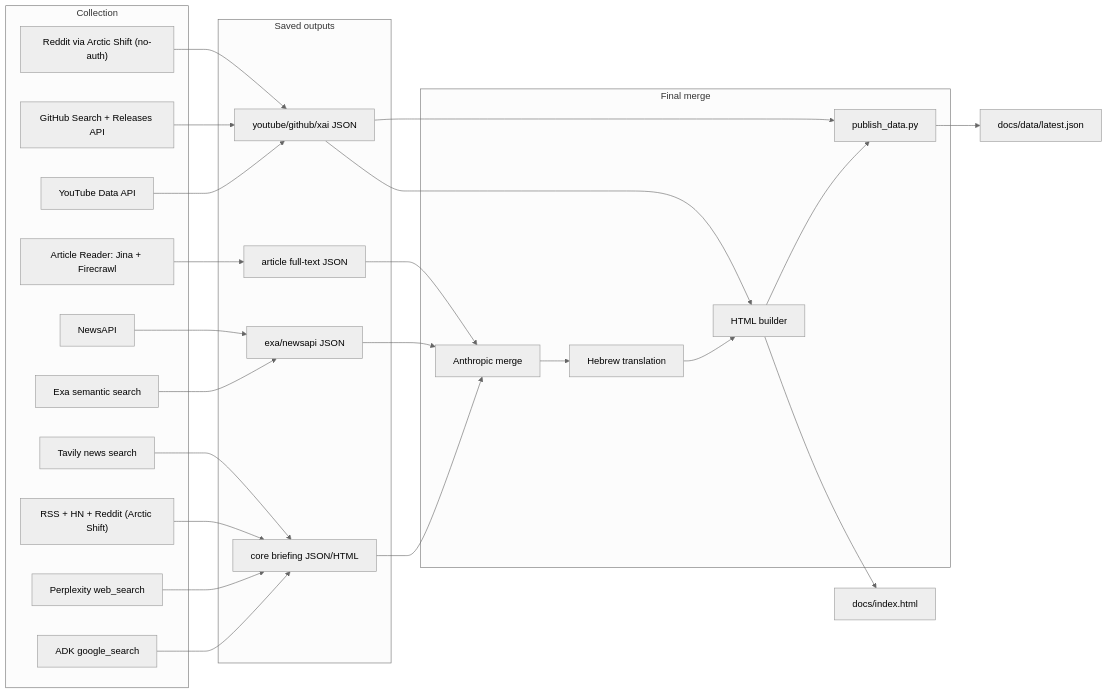
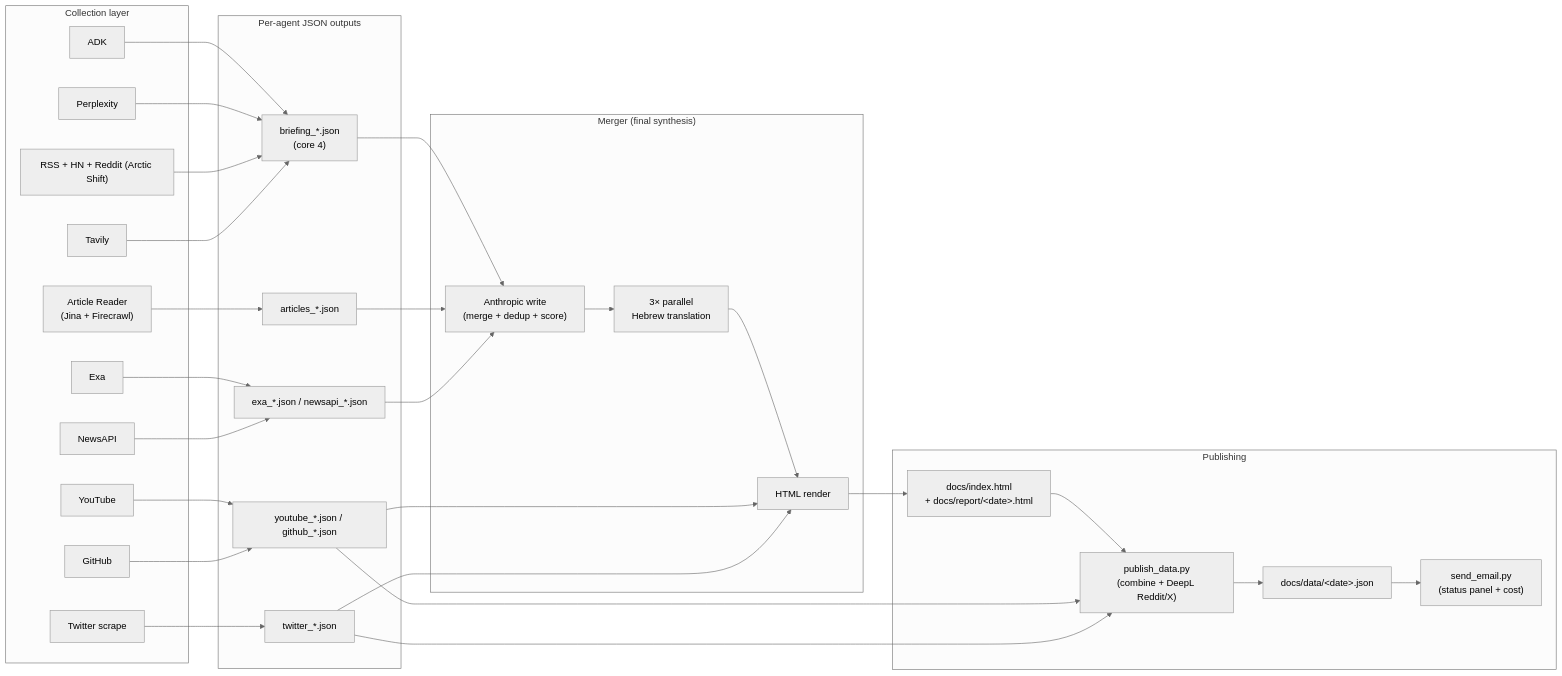
The second of 12 diagrams in README.md (kobyal/ai-news-briefing), drawn with Mermaid (neutral theme) before and after one commit. The commit also changed other lines of this file and 3 other files, not shown here.

````diff
--- a/README.md
+++ b/README.md
@@ -102,52 +107,61 @@
 ```mermaid
 flowchart LR
-    subgraph collect["Collection"]
-        A1["ADK google_search"]
-        A2["Perplexity web_search"]
-        A3["RSS + HN + Reddit (Arctic Shift)"]
-        A4["Tavily news search"]
-        A6["Exa semantic search"]
-        A7["NewsAPI"]
-        A8["YouTube Data API"]
-        A9["GitHub Search + Releases API"]
-        A10["Reddit via Arctic Shift (no-auth)"]
-        A11["Article Reader: Jina + Firecrawl"]
+    subgraph collect["Collection layer"]
+        C1["ADK"]
+        C2["Perplexity"]
+        C3["RSS + HN + Reddit (Arctic Shift)"]
+        C4["Tavily"]
+        C5["Article Reader<br/>(Jina + Firecrawl)"]
+        C6["Exa"]
+        C7["NewsAPI"]
+        C8["YouTube"]
+        C9["GitHub"]
+        C10["Twitter scrape"]
     end
 
-    subgraph save["Saved outputs"]
-        J1["core briefing JSON/HTML"]
-        J2["exa/newsapi JSON"]
-        J3["youtube/github/xai JSON"]
-        J4["article full-text JSON"]
+    subgraph save["Per-agent JSON outputs"]
+        S1["briefing_*.json<br/>(core 4)"]
+        S2["articles_*.json"]
+        S3["exa_*.json / newsapi_*.json"]
+        S4["youtube_*.json / github_*.json"]
+        S5["twitter_*.json"]
     end
 
-    subgraph merge["Final merge"]
-        M1["Anthropic merge"]
-        M2["Hebrew translation"]
-        M3["HTML builder"]
-        M4["publish_data.py"]
+    subgraph merge["Merger (final synthesis)"]
+        MA["Anthropic write<br/>(merge + dedup + score)"]
+        MB["3× parallel<br/>Hebrew translation"]
+        MC["HTML render"]
     end
 
-    A1 --> J1
-    A2 --> J1
-    A3 --> J1
-    A4 --> J1
-    A6 --> J2
-    A7 --> J2
-    A8 --> J3
-    A9 --> J3
-    A10 --> J3
-    A11 --> J4
+    subgraph publish["Publishing"]
+        P1["docs/index.html<br/>+ docs/report/&lt;date&gt;.html"]
+        P2["publish_data.py<br/>(combine + DeepL Reddit/X)"]
+        P3["docs/data/&lt;date&gt;.json"]
+        P4["send_email.py<br/>(status panel + cost)"]
+    end
 
-    J1 --> M1
-    J2 --> M1
-    J4 --> M1
-    M1 --> M2
-    M2 --> M3
-    J3 --> M3
-    M3 --> O1["docs/index.html"]
+    C1 --> S1
+    C2 --> S1
+    C3 --> S1
+    C4 --> S1
+    C5 --> S2
+    C6 --> S3
+    C7 --> S3
+    C8 --> S4
+    C9 --> S4
+    C10 --> S5
 
-    M3 --> M4
-    J3 --> M4
-    M4 --> O3["docs/data/latest.json"]
+    S1 --> MA
+    S2 --> MA
+    S3 --> MA
+    MA --> MB
+    MB --> MC
+    S4 --> MC
+    S5 --> MC
+    MC --> P1
+    P1 --> P2
+    S4 --> P2
+    S5 --> P2
+    P2 --> P3
+    P3 --> P4
 ```
````
